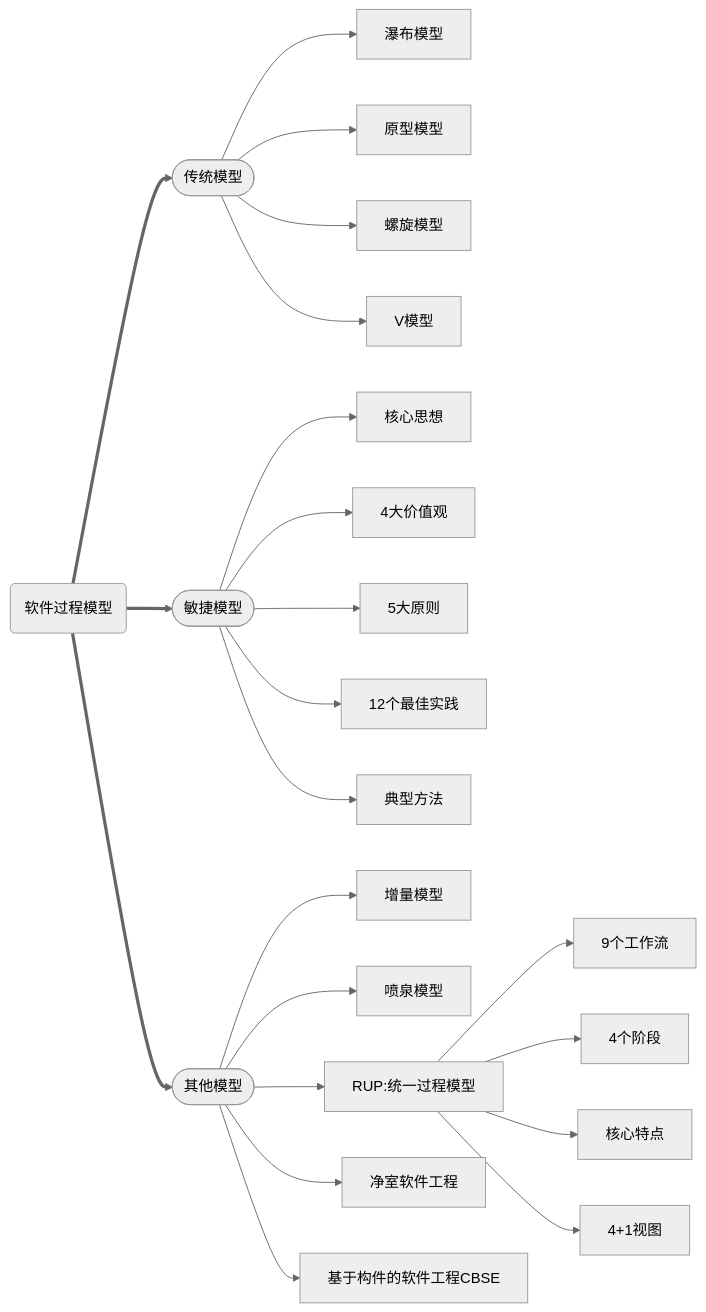
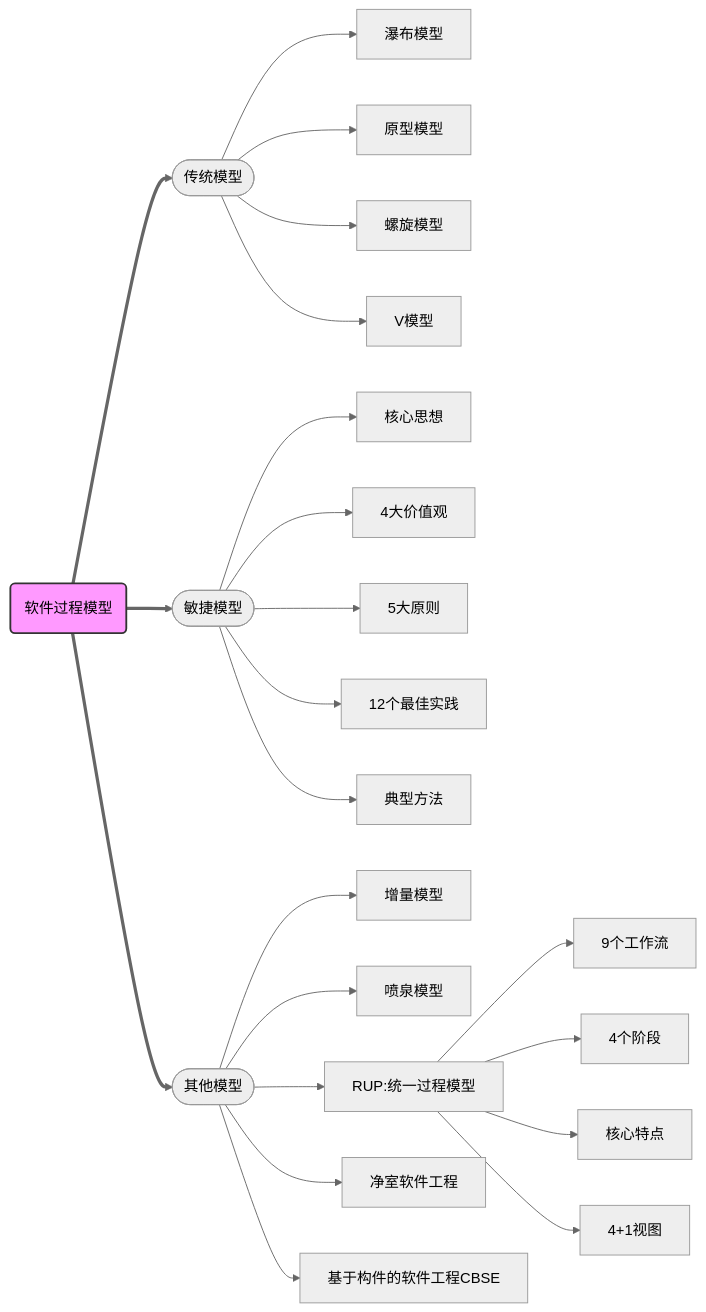
Before and after one commit to Rtoax/test-linux: the second of 3 diagrams in Documentation/ruankao/architecture.rst, drawn with Mermaid (neutral theme). The commit also changed other lines of this file and 2 other files, not shown here.

First line of the commit message:
Doc: rk: architecture.rst

```diff
--- a/Documentation/ruankao/architecture.rst
+++ b/Documentation/ruankao/architecture.rst
@@ -34,29 +40,31 @@
 .. mermaid::
    :caption: 软件过程模型
 
     flowchart LR
         Process(软件过程模型) ==> Traditional([传统模型])
         Process ==> Agile([敏捷模型])
         Process ==> Other([其他模型])
 
         Traditional --> Traditional1[瀑布模型]
         Traditional --> Traditional2[原型模型]
         Traditional --> Traditional3[螺旋模型]
         Traditional --> Traditional4[V模型]
 
         Agile --> Agile1[核心思想]
         Agile --> Agile2[4大价值观]
         Agile --> Agile3[5大原则]
         Agile --> Agile4[12个最佳实践]
         Agile --> Agile5[典型方法]
 
         Other --> Other1[增量模型]
         Other --> Other2[喷泉模型]
         Other --> Other3[RUP:统一过程模型]
         Other --> Other4[净室软件工程]
         Other --> Other5[基于构件的软件工程CBSE]
 
         Other3 --> Other31[9个工作流]
         Other3 --> Other32[4个阶段]
         Other3 --> Other33[核心特点]
         Other3 --> Other34[4+1视图]
+
+        style Process fill:#f9f,stroke:#333,stroke-width:2px
```
